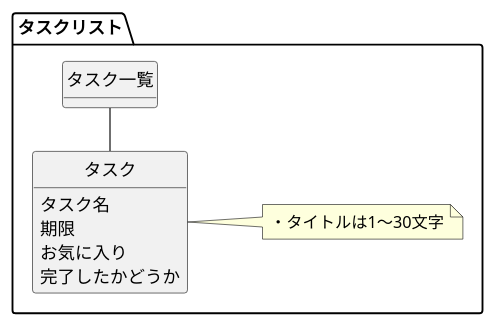
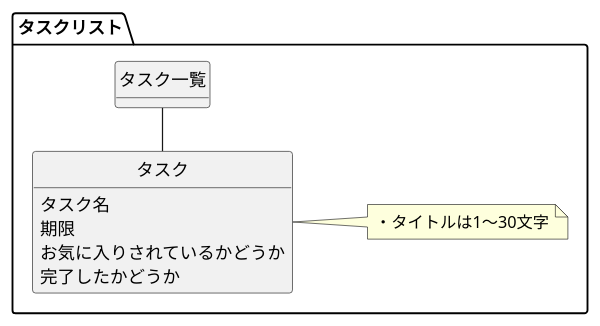
The diagram in document/ドメインモデル図.puml (fumiakikobayashi/go-echo-rest-api-sample), drawn with PlantUML before and after one commit.

Commit message:
ドメインモデル図を微修正

```diff
--- a/document/ドメインモデル図.puml
+++ b/document/ドメインモデル図.puml
@@ -1,21 +1,21 @@
 @startuml
 left to right direction
 
 hide circle
 hide method
 
 package タスクリスト {
     class タスク一覧 {
     }
 
     class タスク {
         タスク名
         期限
-        お気に入り
+        お気に入りされているかどうか
         完了したかどうか
     }
     note right: ・タイトルは1〜30文字
 
     タスク - タスク一覧
 }
 @enduml
```
